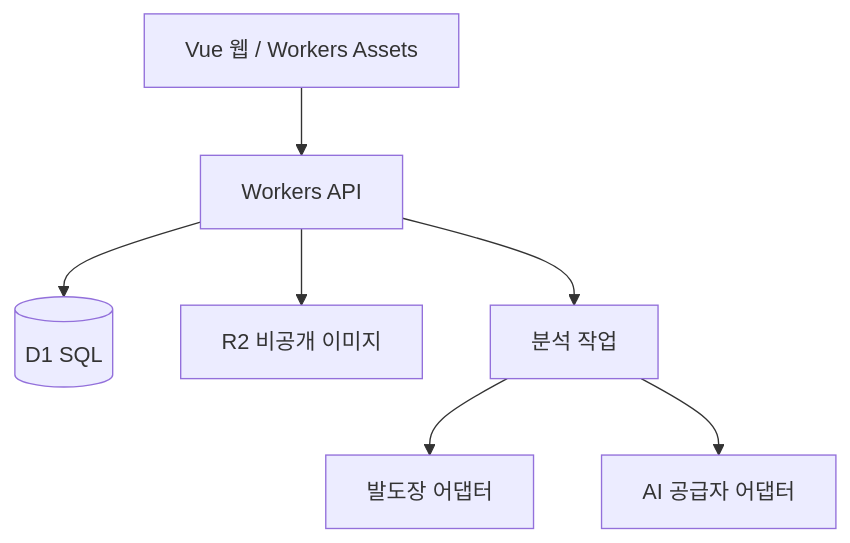
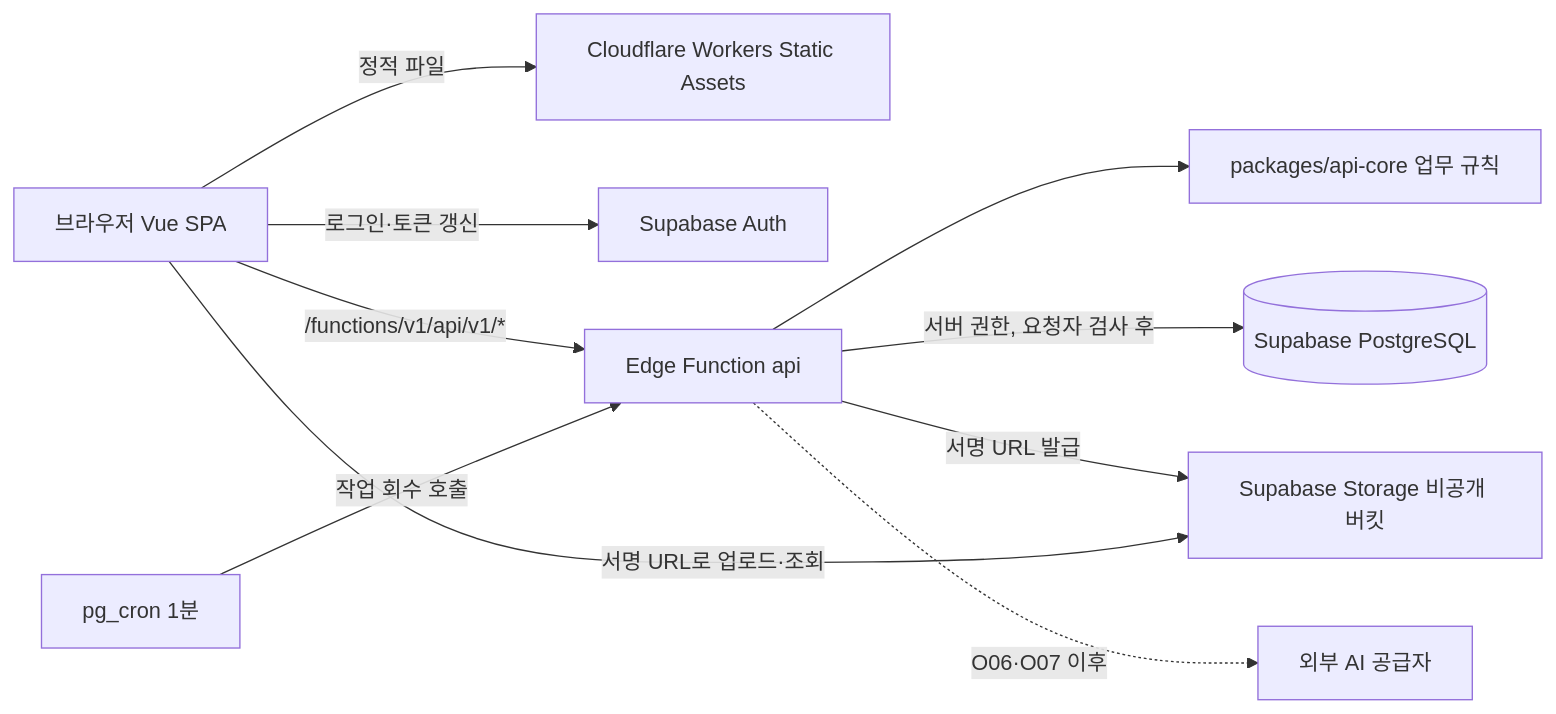
Before and after one commit to bernanking/outfoot_analysis_mvp: the diagram in docs/08_ARCHITECTURE.md, drawn with Mermaid. The commit also changed other lines of this file and 75 other files, not shown here.

First line of the commit message:
feat(platform): move to Cloudflare static web and Supabase foundation (T01A)

````diff
--- a/docs/08_ARCHITECTURE.md
+++ b/docs/08_ARCHITECTURE.md
@@ -23,9 +22,12 @@
 ```mermaid
-flowchart TD
-  A[Vue 웹 / Workers Assets] --> B[Workers API]
-  B --> C[(D1 SQL)]
-  B --> D[R2 비공개 이미지]
-  B --> E[분석 작업]
-  E --> F[발도장 어댑터]
-  E --> G[AI 공급자 어댑터]
+flowchart LR
+  B[브라우저 Vue SPA] -->|정적 파일| CF[Cloudflare Workers Static Assets]
+  B -->|로그인·토큰 갱신| AUTH[Supabase Auth]
+  B -->|/functions/v1/api/v1/*| FN[Edge Function api]
+  FN --> CORE[packages/api-core 업무 규칙]
+  FN -->|서버 권한, 요청자 검사 후| DB[(Supabase PostgreSQL)]
+  FN -->|서명 URL 발급| ST[Supabase Storage 비공개 버킷]
+  B -->|서명 URL로 업로드·조회| ST
+  CRON[pg_cron 1분] -->|작업 회수 호출| FN
+  FN -.->|O06·O07 이후| AI[외부 AI 공급자]
 ```
````
